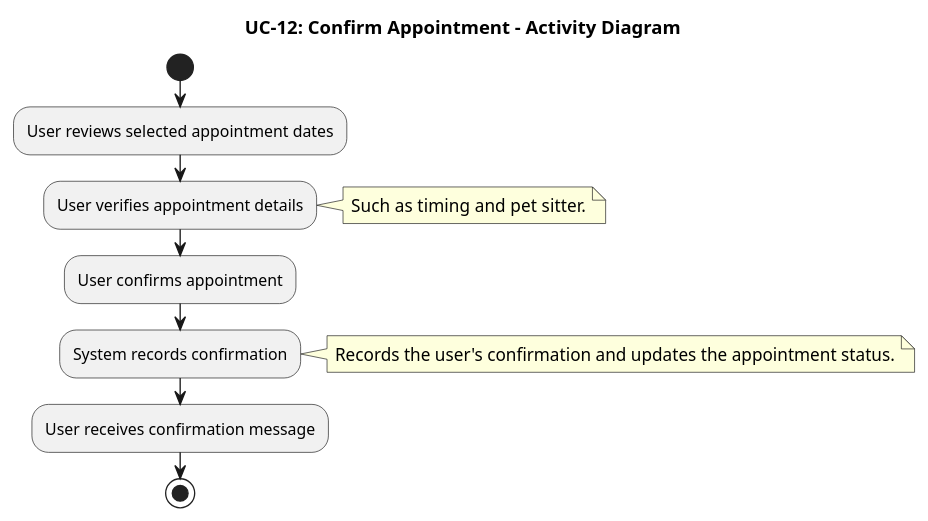
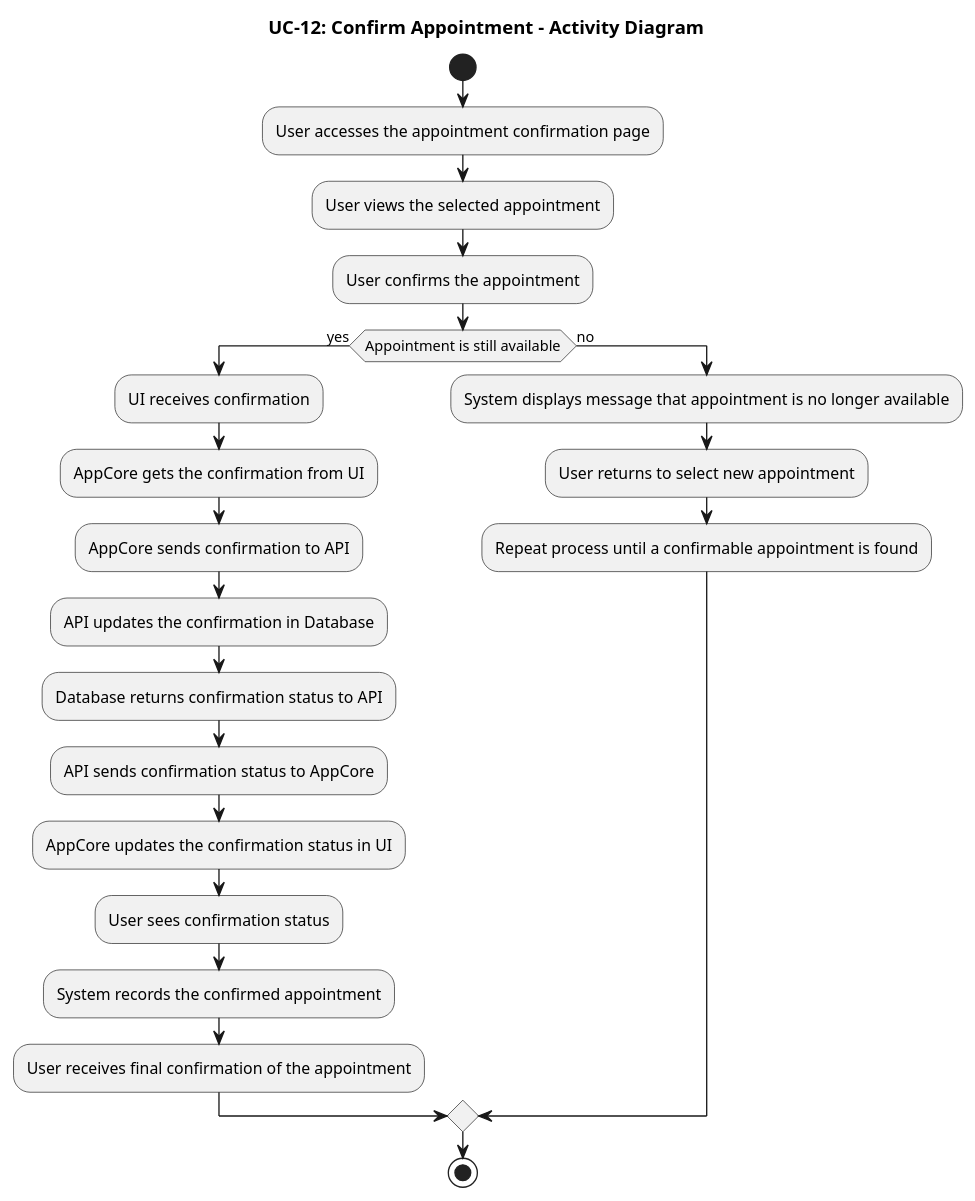
The diagram in Documents/PlantUML/UC-12_ACTIVITY_Diagram.puml (IrenePorta/PetSitters), drawn with PlantUML before and after one commit. The commit also changed other lines of this file, not shown here.

```diff
--- a/Documents/PlantUML/UC-12_ACTIVITY_Diagram.puml
+++ b/Documents/PlantUML/UC-12_ACTIVITY_Diagram.puml
@@ -1,19 +1,40 @@
 @startuml
 title UC-12: Confirm Appointment - Activity Diagram
 
 start
-:User reviews selected appointment dates;
 
-:User verifies appointment details;
-note right: Such as timing and pet sitter.
+:User accesses the appointment confirmation page;
 
-:User confirms appointment;
+:User views the selected appointment;
 
-:System records confirmation;
-note right: Records the user's confirmation and updates the appointment status.
+:User confirms the appointment;
 
-:User receives confirmation message;
+if (Appointment is still available) then (yes)
+  :UI receives confirmation;
+
+  :AppCore gets the confirmation from UI;
+
+  :AppCore sends confirmation to API;
+
+  :API updates the confirmation in Database;
+
+  :Database returns confirmation status to API;
+
+  :API sends confirmation status to AppCore;
+
+  :AppCore updates the confirmation status in UI;
+
+  :User sees confirmation status;
+
+  :System records the confirmed appointment;
+
+  :User receives final confirmation of the appointment;
+else (no)
+  :System displays message that appointment is no longer available;
+  :User returns to select new appointment;
+  :Repeat process until a confirmable appointment is found;
+endif
 
 stop
 
 @enduml
```
